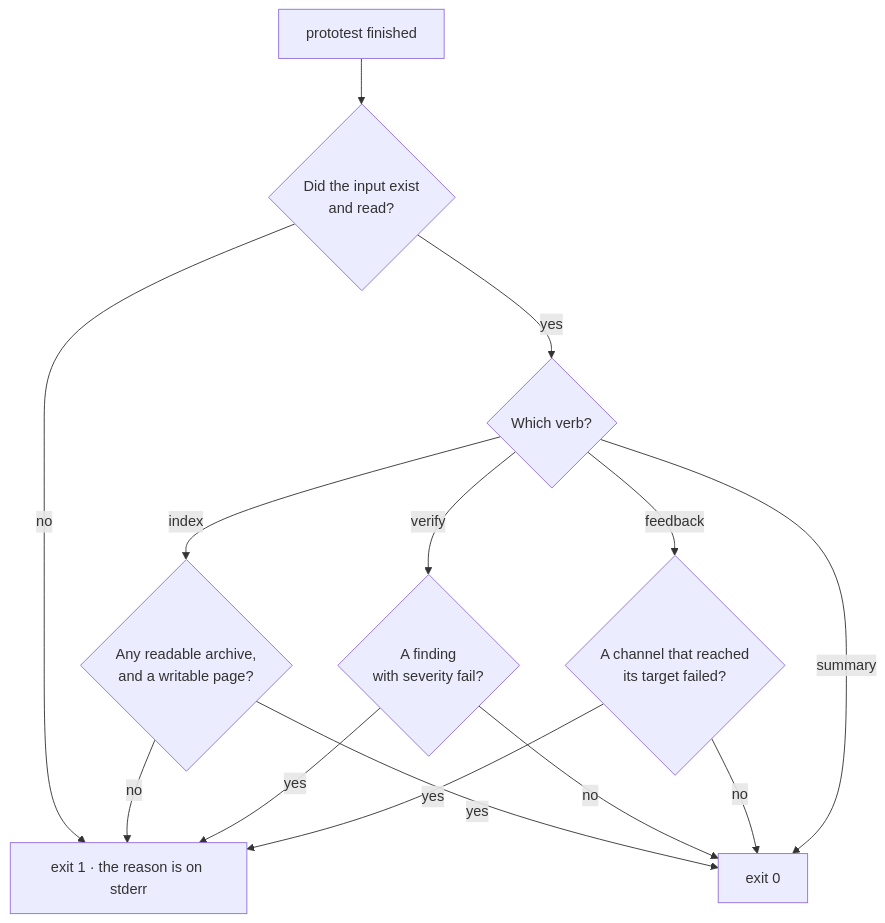
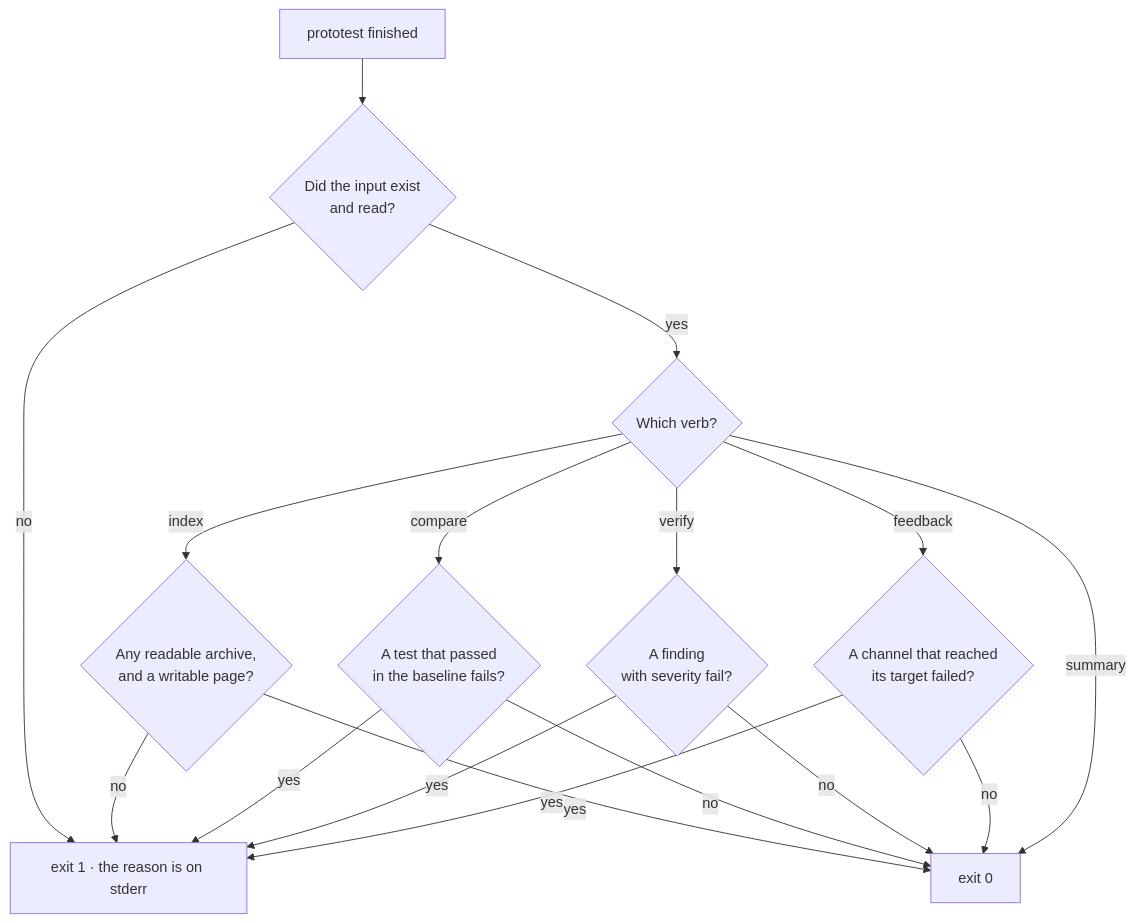
The diagram in docs/docs/agent-workflows/cli.md (MSeys/ProtoTest), drawn with Mermaid before and after one commit. The commit also changed other lines of this file and 18 other files, not shown here.

Commit message:
Compare two runs test by test and name where each changed test left the baseline.

````diff
--- a/docs/docs/agent-workflows/cli.md
+++ b/docs/docs/agent-workflows/cli.md
@@ -223,16 +250,19 @@
 ```mermaid
 flowchart TD
     start["prototest finished"] --> input{"Did the input exist<br/>and read?"}
     input -->|"no"| one["exit 1 · the reason is on stderr"]
     input -->|"yes"| verb{"Which verb?"}
     verb -->|"index"| idx{"Any readable archive,<br/>and a writable page?"}
     idx -->|"no"| one
     idx -->|"yes"| zero["exit 0"]
+    verb -->|"compare"| broke{"A test that passed<br/>in the baseline fails?"}
+    broke -->|"yes"| one
+    broke -->|"no"| zero
     verb -->|"verify"| verdict{"A finding<br/>with severity fail?"}
     verdict -->|"yes"| one
     verdict -->|"no"| zero
     verb -->|"feedback"| channel{"A channel that reached<br/>its target failed?"}
     channel -->|"yes"| one
     channel -->|"no"| zero
     verb -->|"summary"| zero
 ```
````
